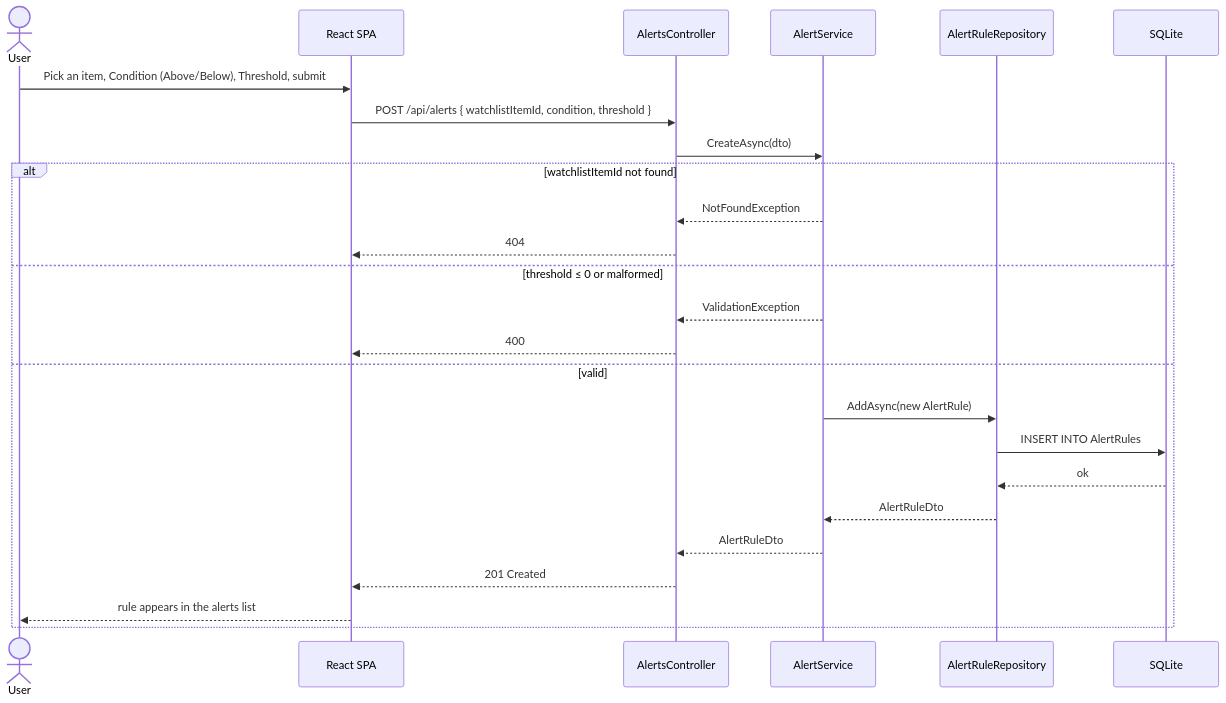
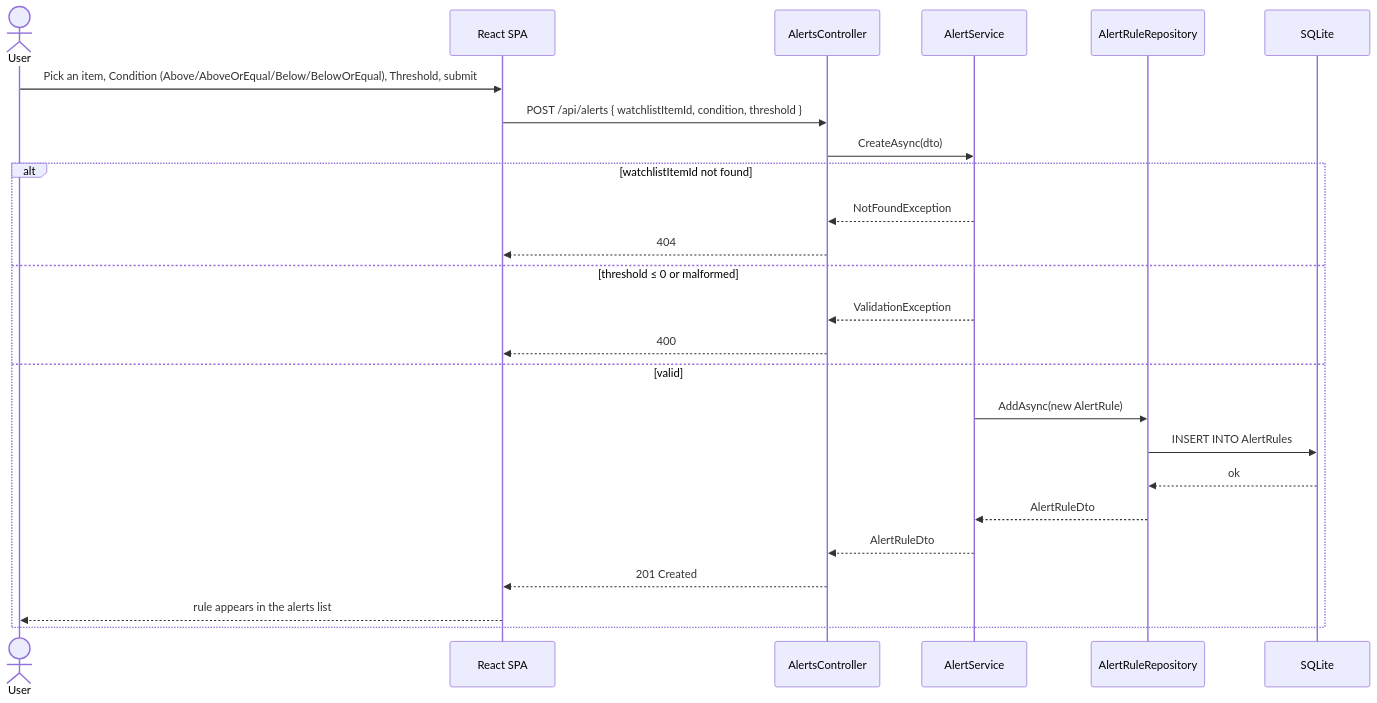
One commit to tarunguddeti/ratewatch changed diagram 15 of 19 in docs/architecture.md. Above: the diagram before and after it, drawn with Mermaid. The commit also changed other lines of this file and 1 other file, not shown here.

First line of the commit message:
Document AboveOrEqual/BelowOrEqual as explicit inclusive alert conditions

````diff
--- a/docs/architecture.md
+++ b/docs/architecture.md
@@ -673,28 +675,28 @@
 ```mermaid
 sequenceDiagram
     actor U as User
     participant FE as React SPA
     participant C as AlertsController
     participant S as AlertService
     participant Repo as AlertRuleRepository
     participant DB as SQLite
 
-    U->>FE: Pick an item, Condition (Above/Below), Threshold, submit
+    U->>FE: Pick an item, Condition (Above/AboveOrEqual/Below/BelowOrEqual), Threshold, submit
     FE->>C: POST /api/alerts { watchlistItemId, condition, threshold }
     C->>S: CreateAsync(dto)
     alt watchlistItemId not found
         S-->>C: NotFoundException
         C-->>FE: 404
     else threshold ≤ 0 or malformed
         S-->>C: ValidationException
         C-->>FE: 400
     else valid
         S->>Repo: AddAsync(new AlertRule)
         Repo->>DB: INSERT INTO AlertRules
         DB-->>Repo: ok
         Repo-->>S: AlertRuleDto
         S-->>C: AlertRuleDto
         C-->>FE: 201 Created
         FE-->>U: rule appears in the alerts list
     end
 ```
````
